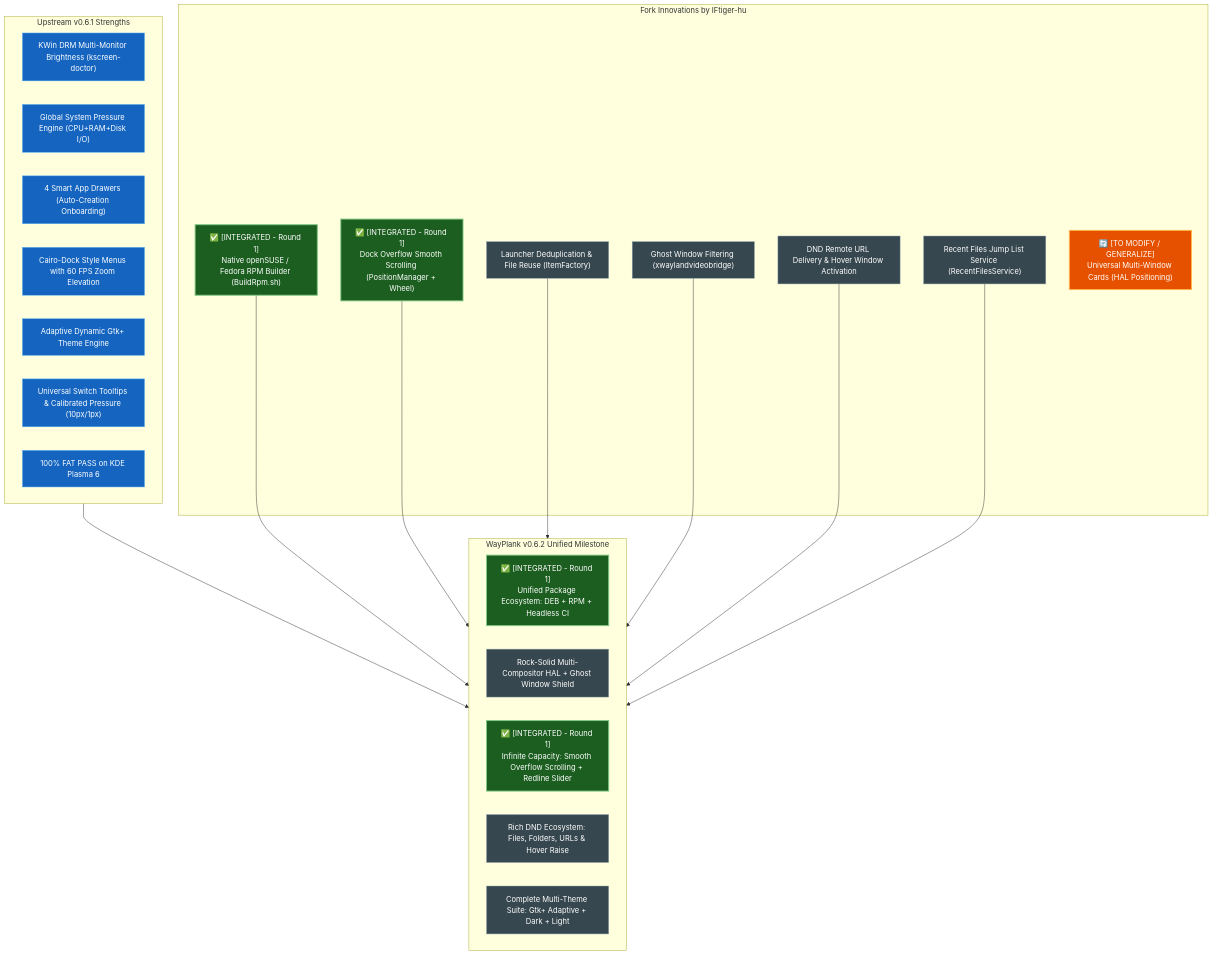
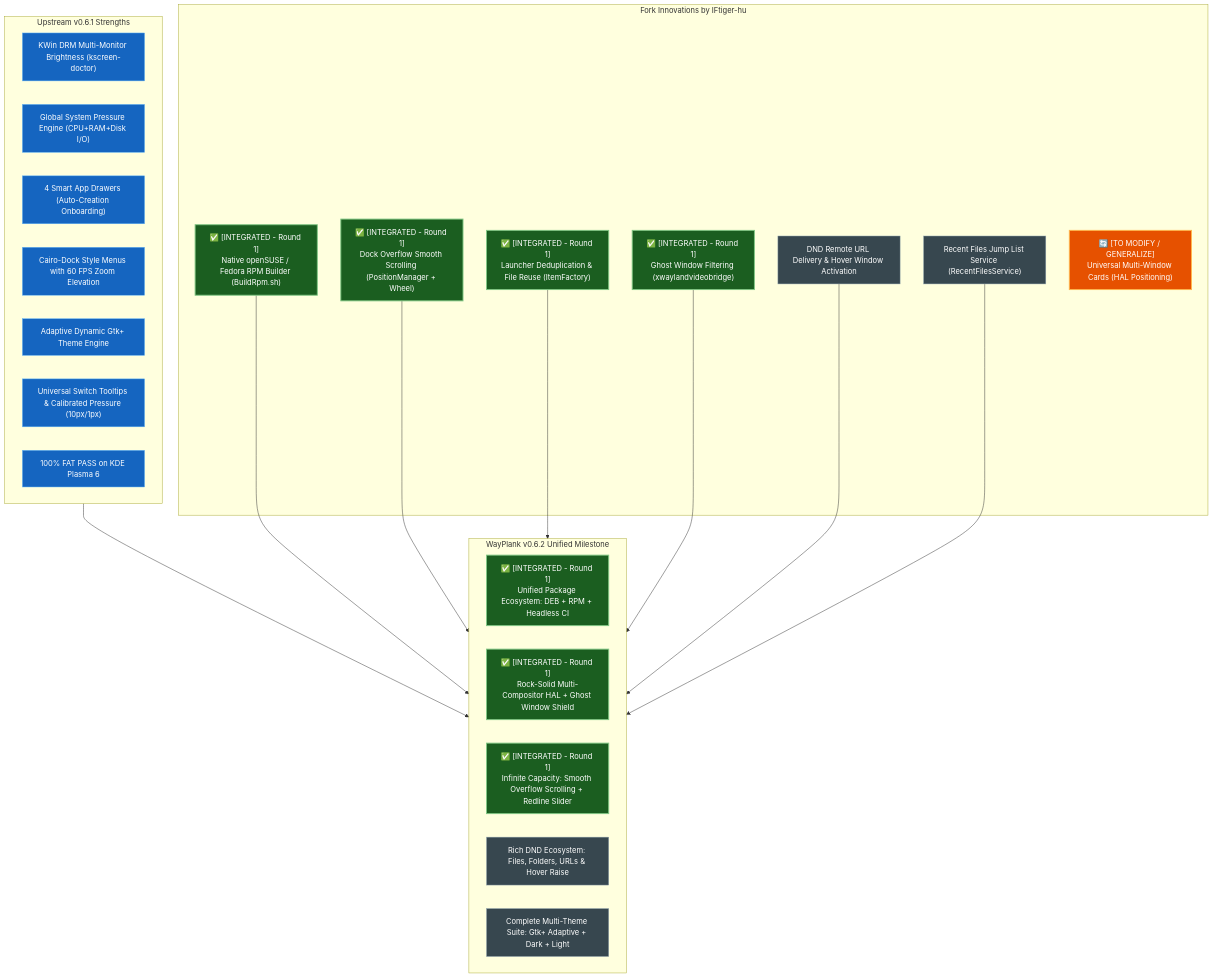
The diagram in Documentation/WAYPLANK_V062_FORK_INTEGRATION_ROADMAP.md (IFtiger-hu-hub/WayPlank), drawn with Mermaid before and after one commit. The commit also changed other lines of this file and 107 other files, not shown here.

````diff
--- a/Documentation/WAYPLANK_V062_FORK_INTEGRATION_ROADMAP.md
+++ b/Documentation/WAYPLANK_V062_FORK_INTEGRATION_ROADMAP.md
@@ -53,44 +53,44 @@
 ```mermaid
 flowchart TD
     classDef integrated fill:#1b5e20,stroke:#81c784,stroke-width:2px,color:#ffffff;
     classDef upstream fill:#1565c0,stroke:#64b5f6,stroke-width:1px,color:#ffffff;
     classDef pending fill:#37474f,stroke:#90a4ae,stroke-width:1px,color:#ffffff;
     classDef modify fill:#e65100,stroke:#ffb74d,stroke-width:2px,color:#ffffff;
     classDef rejected fill:#b71c1c,stroke:#ef5350,stroke-width:2px,color:#ffffff;
 
     subgraph Upstream_v061["Upstream v0.6.1 Strengths"]
         U1["KWin DRM Multi-Monitor Brightness (kscreen-doctor)"]:::upstream
         U2["Global System Pressure Engine (CPU+RAM+Disk I/O)"]:::upstream
         U3["4 Smart App Drawers (Auto-Creation Onboarding)"]:::upstream
         U4["Cairo-Dock Style Menus with 60 FPS Zoom Elevation"]:::upstream
         U5["Adaptive Dynamic Gtk+ Theme Engine"]:::upstream
         U6["Universal Switch Tooltips & Calibrated Pressure (10px/1px)"]:::upstream
         U7["100% FAT PASS on KDE Plasma 6"]:::upstream
     end
 
     subgraph Fork_Features["Fork Innovations by IFtiger-hu"]
         F1["✅ [INTEGRATED - Round 1]<br/>Native openSUSE / Fedora RPM Builder (BuildRpm.sh)"]:::integrated
         F2["✅ [INTEGRATED - Round 1]<br/>Dock Overflow Smooth Scrolling (PositionManager + Wheel)"]:::integrated
-        F3["Launcher Deduplication & File Reuse (ItemFactory)"]:::pending
-        F4["Ghost Window Filtering (xwaylandvideobridge)"]:::pending
+        F3["✅ [INTEGRATED - Round 1]<br/>Launcher Deduplication & File Reuse (ItemFactory)"]:::integrated
+        F4["✅ [INTEGRATED - Round 1]<br/>Ghost Window Filtering (xwaylandvideobridge)"]:::integrated
         F5["DND Remote URL Delivery & Hover Window Activation"]:::pending
         F6["Recent Files Jump List Service (RecentFilesService)"]:::pending
         F7["🔄 [TO MODIFY / GENERALIZE]<br/>Universal Multi-Window Cards (HAL Positioning)"]:::modify
     end
 
     subgraph Unified_v062["WayPlank v0.6.2 Unified Milestone"]
         M1["✅ [INTEGRATED - Round 1]<br/>Unified Package Ecosystem: DEB + RPM + Headless CI"]:::integrated
-        M2["Rock-Solid Multi-Compositor HAL + Ghost Window Shield"]:::pending
+        M2["✅ [INTEGRATED - Round 1]<br/>Rock-Solid Multi-Compositor HAL + Ghost Window Shield"]:::integrated
         M3["✅ [INTEGRATED - Round 1]<br/>Infinite Capacity: Smooth Overflow Scrolling + Redline Slider"]:::integrated
         M4["Rich DND Ecosystem: Files, Folders, URLs & Hover Raise"]:::pending
         M5["Complete Multi-Theme Suite: Gtk+ Adaptive + Dark + Light"]:::pending
     end
 
     Upstream_v061 --> Unified_v062
     F1 --> Unified_v062
     F2 --> Unified_v062
     F3 --> Unified_v062
     F4 --> Unified_v062
     F5 --> Unified_v062
     F6 --> Unified_v062
 ```
````
